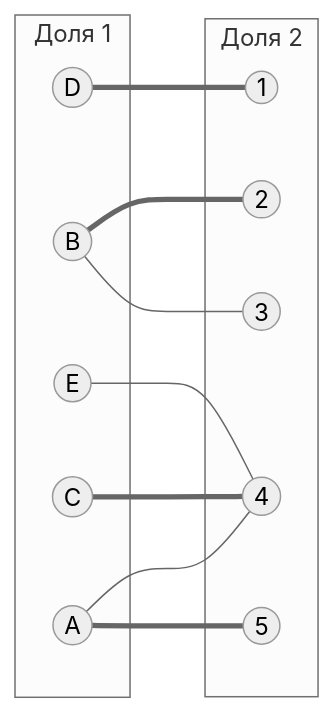
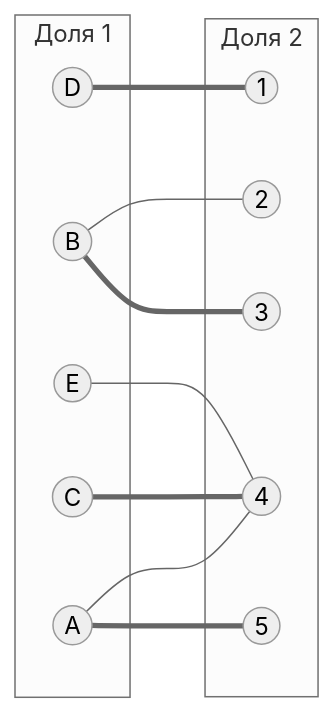
The first of 4 diagrams in Задание 8/girls.md (algos-ris-24-3/manual-tasks), drawn with Mermaid (neutral theme) before and after one commit. The commit also changed other lines of this file, not shown here.

````diff
--- a/Задание 8/girls.md
+++ b/Задание 8/girls.md
@@ -46,24 +46,24 @@
 ```mermaid
 graph LR
     subgraph "Доля 1"
         A((A))
         B((B))
         C((C))
         D((D))
         E((E))
     end
     subgraph "Доля 2"
         1((1))
         2((2))
         3((3))
         4((4))
         5((5))
     end
     A === 5
     A --- 4
-    B === 2
-    B --- 3
+    B === 3
+    B --- 2
     C === 4
     D === 1
     E --- 4
 ```
````
